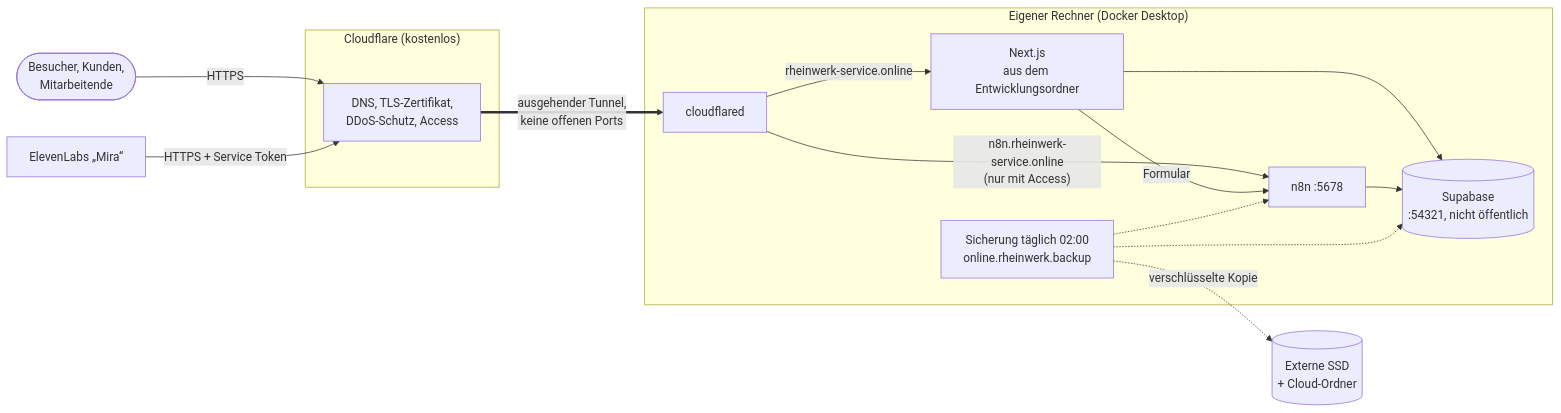
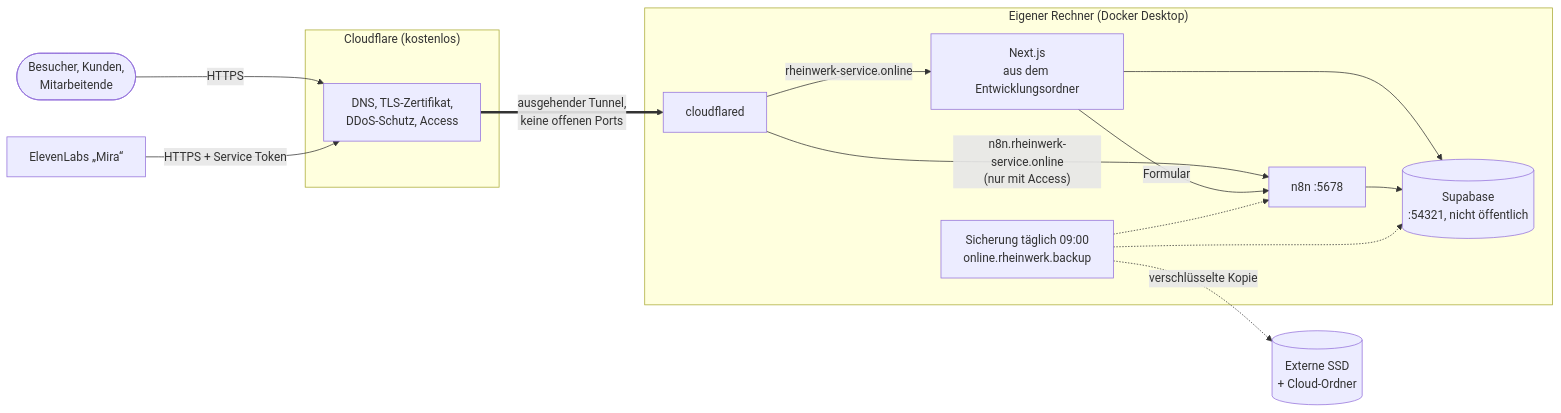
Before and after one commit to FuzzCube/RhenWerk-WebSite: the first of 2 diagrams in docs/betrieb.md, drawn with Mermaid. The commit also changed other lines of this file and 10 other files, not shown here.

Commit message:
chore: Sicherung auf dem Rechner täglich um 09:00 statt 02:00 (Rechner schläft nachts); Server für Phase 18 OVHcloud VPS-2 ohne Kopie außer Haus (Sicherung des Anbieters), task-18-2 und task-18-6 angepasst

````diff
--- a/docs/betrieb.md
+++ b/docs/betrieb.md
@@ -21,23 +21,23 @@
 ```mermaid
 flowchart LR
   Besucher(["Besucher, Kunden,<br/>Mitarbeitende"]) -->|HTTPS| CF
   Eleven["ElevenLabs „Mira“"] -->|"HTTPS + Service Token"| CF
   subgraph Cloudflare["Cloudflare (kostenlos)"]
     CF["DNS, TLS-Zertifikat,<br/>DDoS-Schutz, Access"]
   end
   CF ==>|"ausgehender Tunnel,<br/>keine offenen Ports"| Tunnel
   subgraph Mac["Eigener Rechner (Docker Desktop)"]
     Tunnel["cloudflared"]
     App["Next.js<br/>aus dem Entwicklungsordner"]
     N8N["n8n :5678"]
     SB[("Supabase<br/>:54321, nicht öffentlich")]
-    Backup["Sicherung täglich 02:00<br/>online.rheinwerk.backup"]
+    Backup["Sicherung täglich 09:00<br/>online.rheinwerk.backup"]
     Tunnel -->|"rheinwerk-service.online"| App
     Tunnel -->|"n8n.rheinwerk-service.online<br/>(nur mit Access)"| N8N
     App --> SB
     N8N --> SB
     App -->|Formular| N8N
     Backup -.-> SB & N8N
   end
   Backup -.verschlüsselte Kopie.-> Extern[("Externe SSD<br/>+ Cloud-Ordner")]
 ```
````
